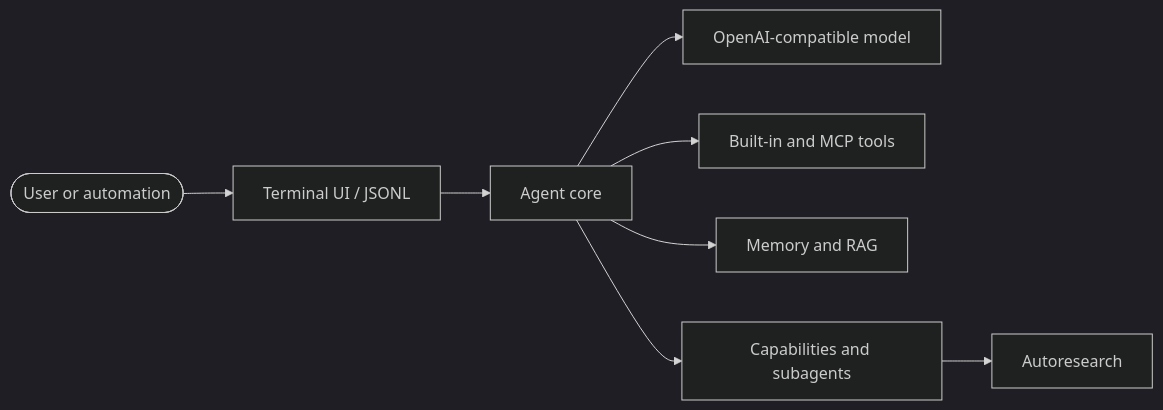
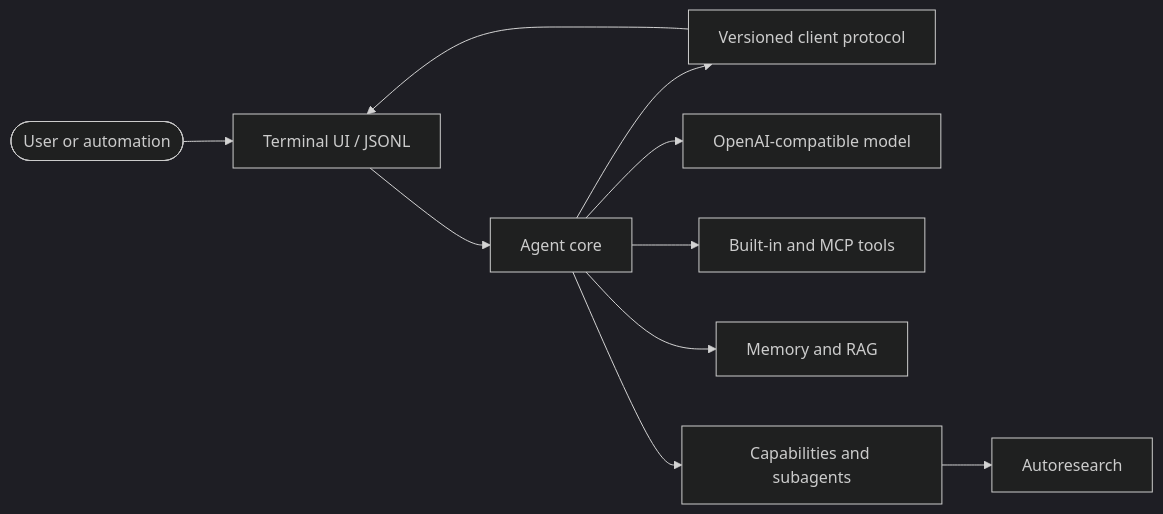
The diagram in README.md (lseman/logician), drawn with Mermaid (dark theme) before and after one commit. The commit also changed other lines of this file and 143 other files, not shown here.

First line of the commit message:
refactor: restructure agent-core architecture and update TUI, evals, docs

````diff
--- a/README.md
+++ b/README.md
@@ -162,10 +162,12 @@
 ```mermaid
 flowchart LR
     User([User or automation]) --> TUI[Terminal UI / JSONL]
     TUI --> Core[Agent core]
+    Core --> Protocol[Versioned client protocol]
+    Protocol --> TUI
     Core --> Model[OpenAI-compatible model]
     Core --> Tools[Built-in and MCP tools]
     Core --> Memory[Memory and RAG]
     Core --> Capabilities[Capabilities and subagents]
     Capabilities --> Research[Autoresearch]
 ```
````
